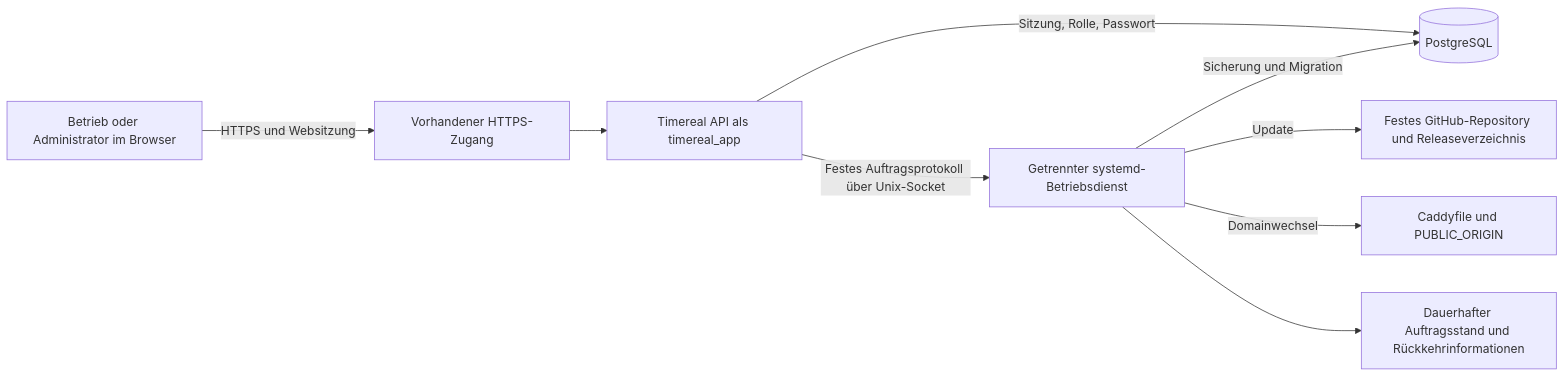
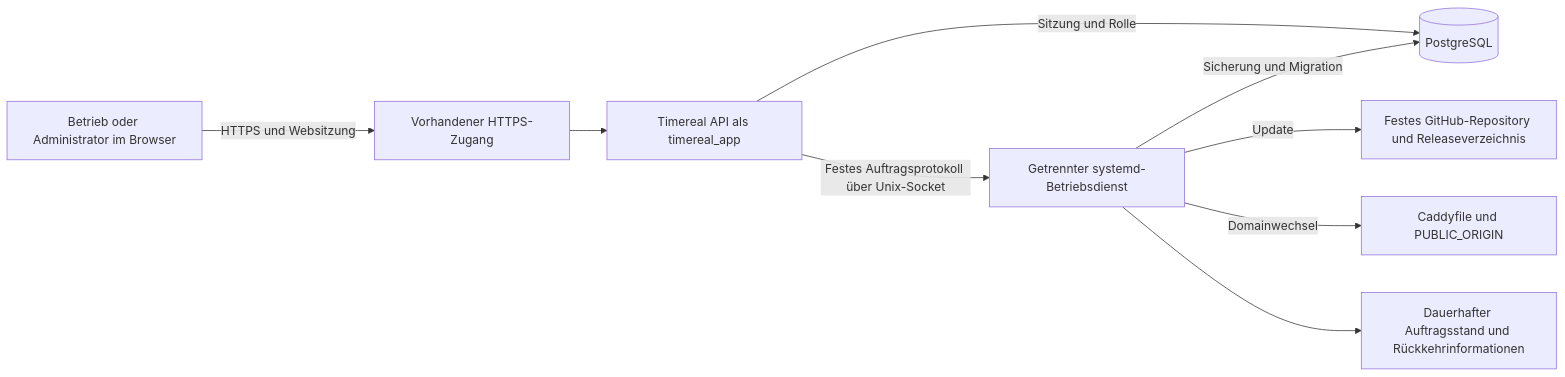
One commit to larsborgwardt/timereal changed the diagram in ADMIN-BETRIEB.md. Above: the diagram before and after it, drawn with Mermaid. The commit also changed other lines of this file and 46 other files, not shown here.

````diff
--- a/ADMIN-BETRIEB.md
+++ b/ADMIN-BETRIEB.md
@@ -56,11 +58,11 @@
 ```mermaid
 flowchart LR
   Browser[Betrieb oder Administrator im Browser] -->|HTTPS und Websitzung| Proxy[Vorhandener HTTPS-Zugang]
   Proxy --> API[Timereal API als timereal_app]
-  API -->|Sitzung, Rolle, Passwort| PG[(PostgreSQL)]
+  API -->|Sitzung und Rolle| PG[(PostgreSQL)]
   API -->|Festes Auftragsprotokoll über Unix-Socket| Betrieb[Getrennter systemd-Betriebsdienst]
   Betrieb -->|Update| Release[Festes GitHub-Repository und Releaseverzeichnis]
   Betrieb -->|Sicherung und Migration| PG
   Betrieb -->|Domainwechsel| Config[Caddyfile und PUBLIC_ORIGIN]
   Betrieb --> Zustand[Dauerhafter Auftragsstand und Rückkehrinformationen]
 ```
````
